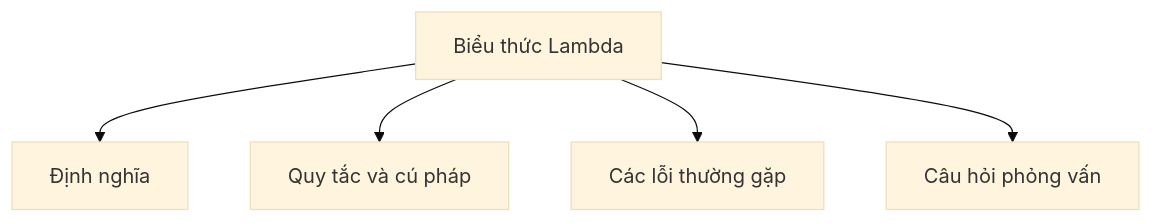
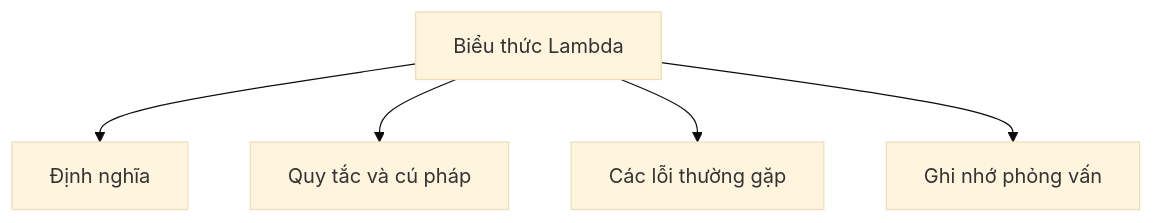
One commit to PhuThien2005/theoretical-of-java-core changed the diagram in vi/21-lambda-expression/README.md. Above: the diagram before and after it, drawn with Mermaid (base theme). The commit also changed other lines of this file and 229 other files, not shown here.

````diff
--- a/vi/21-lambda-expression/README.md
+++ b/vi/21-lambda-expression/README.md
@@ -44,7 +44,7 @@
 ```mermaid
 flowchart TD
     A[Biểu thức Lambda] --> B[Định nghĩa]
     A --> C[Quy tắc và cú pháp]
     A --> D[Các lỗi thường gặp]
-    A --> E[Câu hỏi phỏng vấn]
+    A --> E[Ghi nhớ phỏng vấn]
 ```
````
